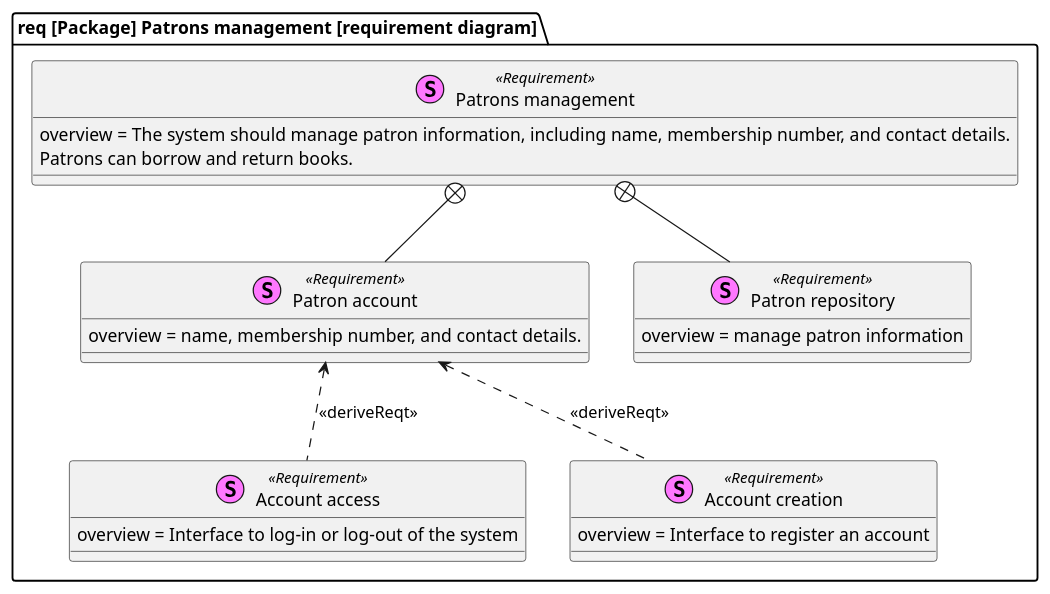
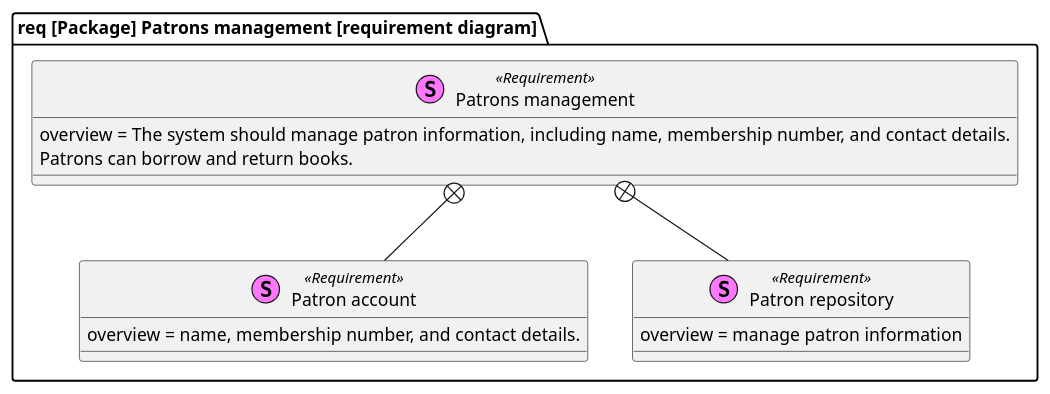
The diagram in system-desing/requirement-diagram/patrons-management.puml (programacion-6/Opcion1FakeOrgasm), drawn with PlantUML before and after one commit. The commit also changed 1 other file, not shown here.

Commit message:
chore: removed deriveReqt interface requirements
The interface requirement will become implicit to a requirement.
This could change after a meeting

```diff
--- a/system-desing/requirement-diagram/patrons-management.puml
+++ b/system-desing/requirement-diagram/patrons-management.puml
@@ -1,28 +1,18 @@
 @startuml
 package "req [Package] Patrons management [requirement diagram]" {
-    stereotype "Account access" as account_access <<Requirement>> {
-        overview = Interface to log-in or log-out of the system
-    }
-
-    stereotype "Account creation" as account_creation <<Requirement>> {
-        overview = Interface to register an account
-    }
-
     stereotype "Patron account" as patron_account <<Requirement>> {
         overview = name, membership number, and contact details.
     }
-    patron_account <.. account_access: <<deriveReqt>>
-    patron_account <.. account_creation: <<deriveReqt>>
 
     stereotype "Patron repository" as patron_repository <<Requirement>> {
         overview = manage patron information
     }
 
     stereotype "Patrons management" as patron_management <<Requirement>> {
         overview = The system should manage patron information, including name, membership number, and contact details.
         Patrons can borrow and return books.
     }
     patron_management +-- patron_account
     patron_management +-- patron_repository
 }
 @enduml
```
